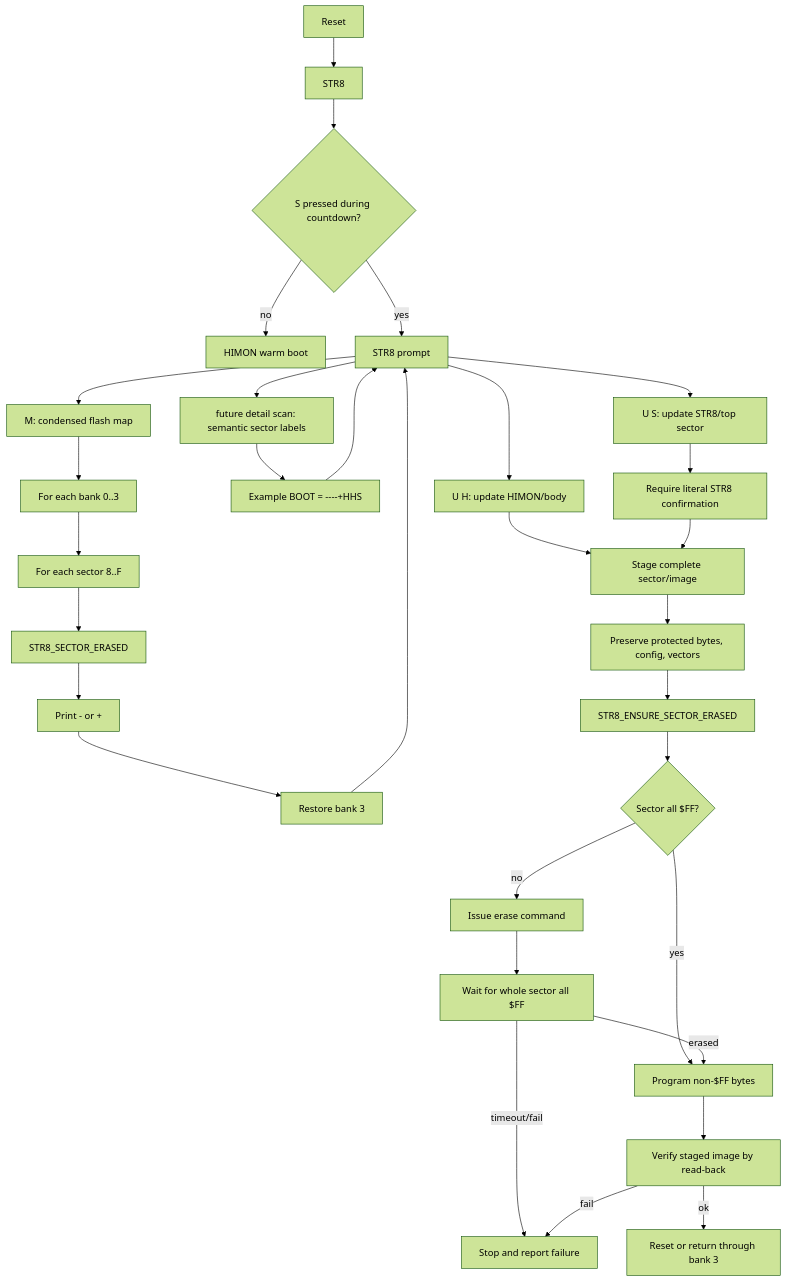
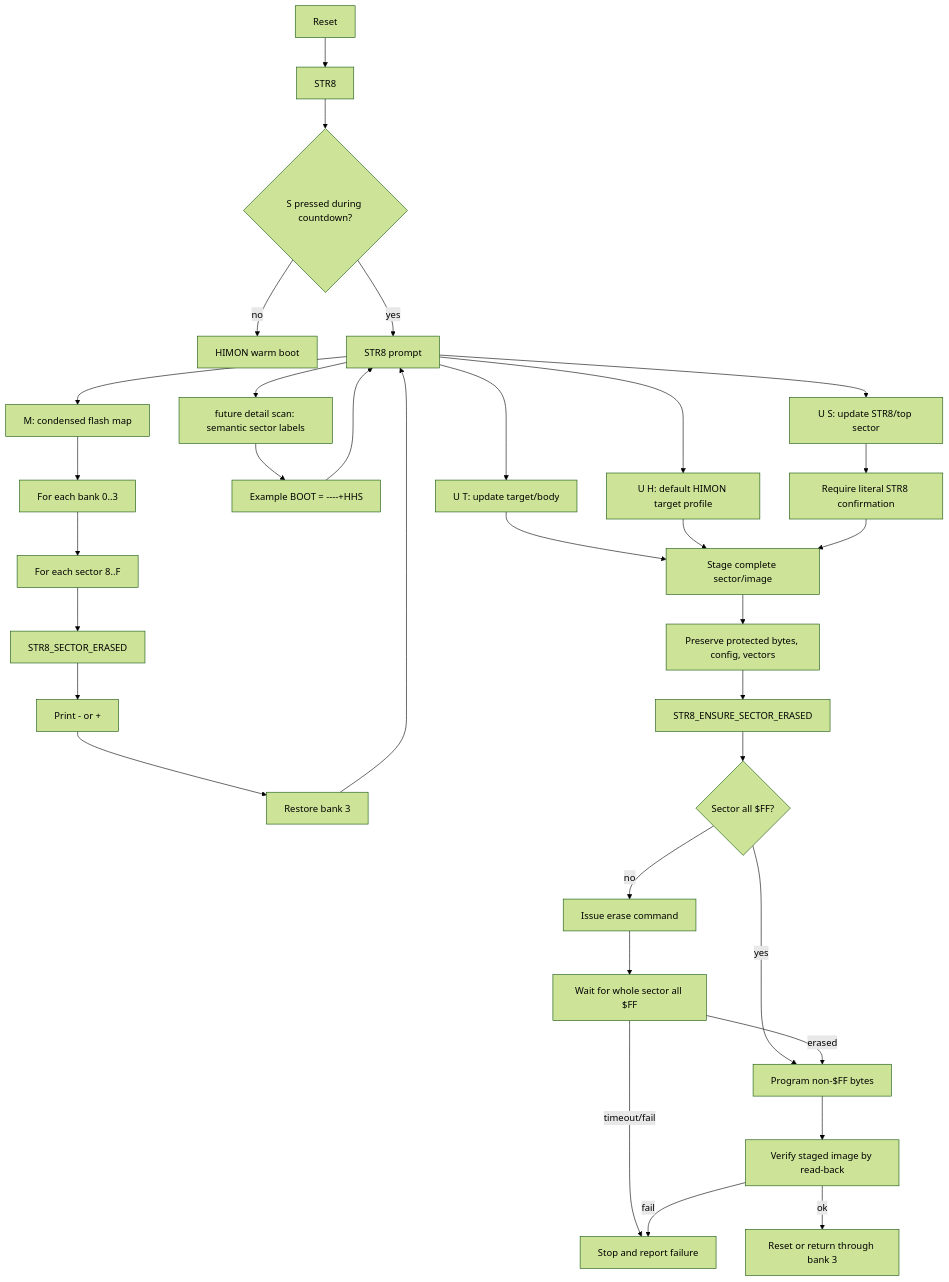
The diagram in DOC/GUIDES/STR8_FLASH_UPDATE_PROPOSAL.md (95westus/R-YORS), drawn with Mermaid (forest theme) before and after one commit. The commit also changed other lines of this file and 85 other files, not shown here.

First line of the commit message:
Advance STR8 identity, install flow, and docs

````diff
--- a/DOC/GUIDES/STR8_FLASH_UPDATE_PROPOSAL.md
+++ b/DOC/GUIDES/STR8_FLASH_UPDATE_PROPOSAL.md
@@ -155,36 +226,38 @@
 ```mermaid
 flowchart TD
     RESET["Reset"] --> STR8["STR8"]
     STR8 --> BOOT{"S pressed during countdown?"}
     BOOT -->|no| HIMON["HIMON warm boot"]
     BOOT -->|yes| PROMPT["STR8 prompt"]
 
     PROMPT --> M["M: condensed flash map"]
     M --> SCAN_BANK["For each bank 0..3"]
     SCAN_BANK --> SCAN_SECTOR["For each sector 8..F"]
     SCAN_SECTOR --> SECTOR_ERASED["STR8_SECTOR_ERASED"]
     SECTOR_ERASED --> REPORT["Print - or +"]
     REPORT --> RESTORE_B3["Restore bank 3"]
     RESTORE_B3 --> PROMPT
     PROMPT --> DETAIL["future detail scan: semantic sector labels"]
     DETAIL --> SEMANTIC["Example BOOT = ----+HHS"]
     SEMANTIC --> PROMPT
 
-    PROMPT --> UH["U H: update HIMON/body"]
+    PROMPT --> UT["U T: update target/body"]
+    PROMPT --> UH["U H: default HIMON target profile"]
     PROMPT --> US["U S: update STR8/top sector"]
     US --> CONFIRM["Require literal STR8 confirmation"]
-    UH --> STAGE["Stage complete sector/image"]
+    UT --> STAGE["Stage complete sector/image"]
+    UH --> STAGE
     CONFIRM --> STAGE
 
     STAGE --> PRESERVE["Preserve protected bytes, config, vectors"]
     PRESERVE --> ENSURE["STR8_ENSURE_SECTOR_ERASED"]
     ENSURE --> ALREADY{"Sector all $FF?"}
     ALREADY -->|yes| PROGRAM["Program non-$FF bytes"]
     ALREADY -->|no| ERASE["Issue erase command"]
     ERASE --> WAIT["Wait for whole sector all $FF"]
     WAIT -->|timeout/fail| STOP["Stop and report failure"]
     WAIT -->|erased| PROGRAM
     PROGRAM --> VERIFY["Verify staged image by read-back"]
     VERIFY -->|fail| STOP
     VERIFY -->|ok| RESET2["Reset or return through bank 3"]
 ```
````
